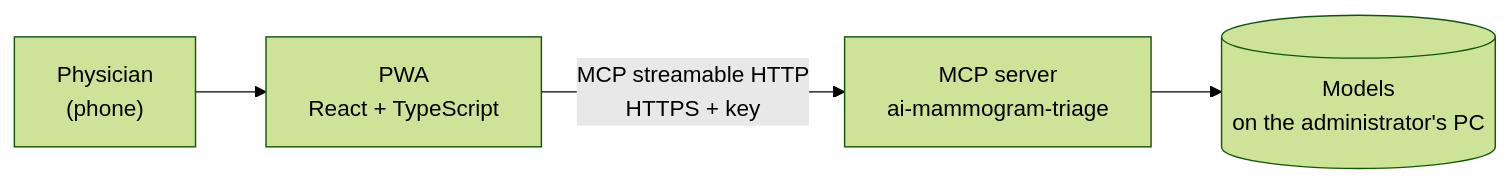
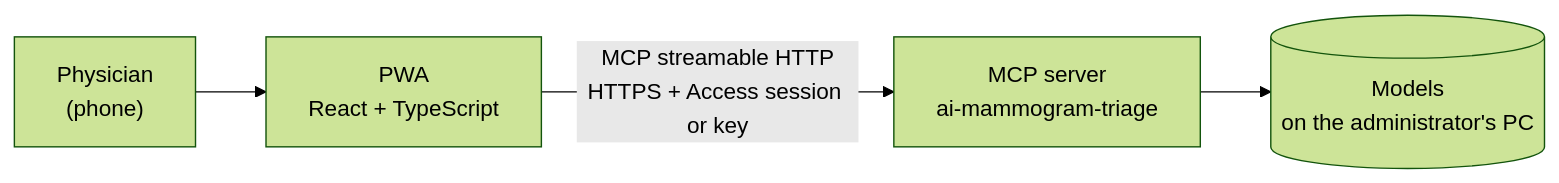
The first of 4 diagrams in docs/architecture.md (avalderrama/ai-mammogram-triage-app), drawn with Mermaid (forest theme) before and after one commit. The commit also changed other lines of this file and 23 other files, not shown here.

````diff
--- a/docs/architecture.md
+++ b/docs/architecture.md
@@ -11,6 +11,6 @@
 ```mermaid
 flowchart LR
     DOC["Physician<br/>(phone)"] --> PWA["PWA<br/>React + TypeScript"]
-    PWA -->|"MCP streamable HTTP<br/>HTTPS + key"| MCP["MCP server<br/>ai-mammogram-triage"]
+    PWA -->|"MCP streamable HTTP<br/>HTTPS + Access session or key"| MCP["MCP server<br/>ai-mammogram-triage"]
     MCP --> MODEL[("Models<br/>on the administrator's PC")]
 ```
````
